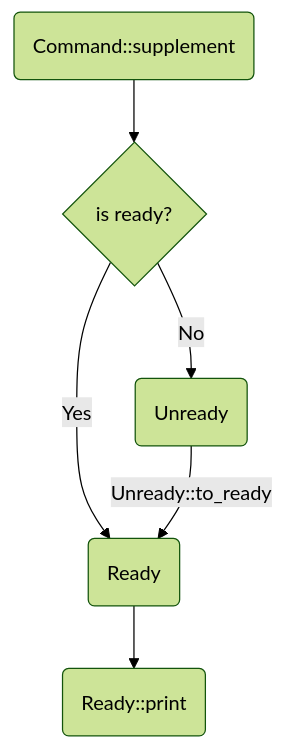
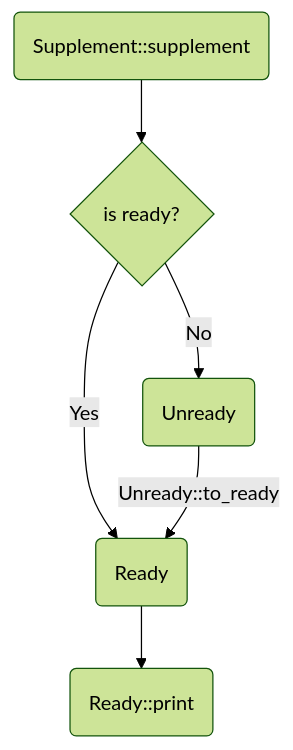
Before and after one commit to david0u0/supplement: the diagram in examples/README.md, drawn with Mermaid (forest theme). The commit also changed other lines of this file and 4 other files, not shown here.

````diff
--- a/examples/README.md
+++ b/examples/README.md
@@ -66,8 +66,8 @@
 ```mermaid
 flowchart TD
-    A(Command::supplement) --> B{is ready?}
+    A(Supplement::supplement) --> B{is ready?}
     B -->|Yes| C(Ready)
     B -->|No| D(Unready)
     D -->|Unready::to_ready| C
     C --> E(Ready::print)
 ```
````
